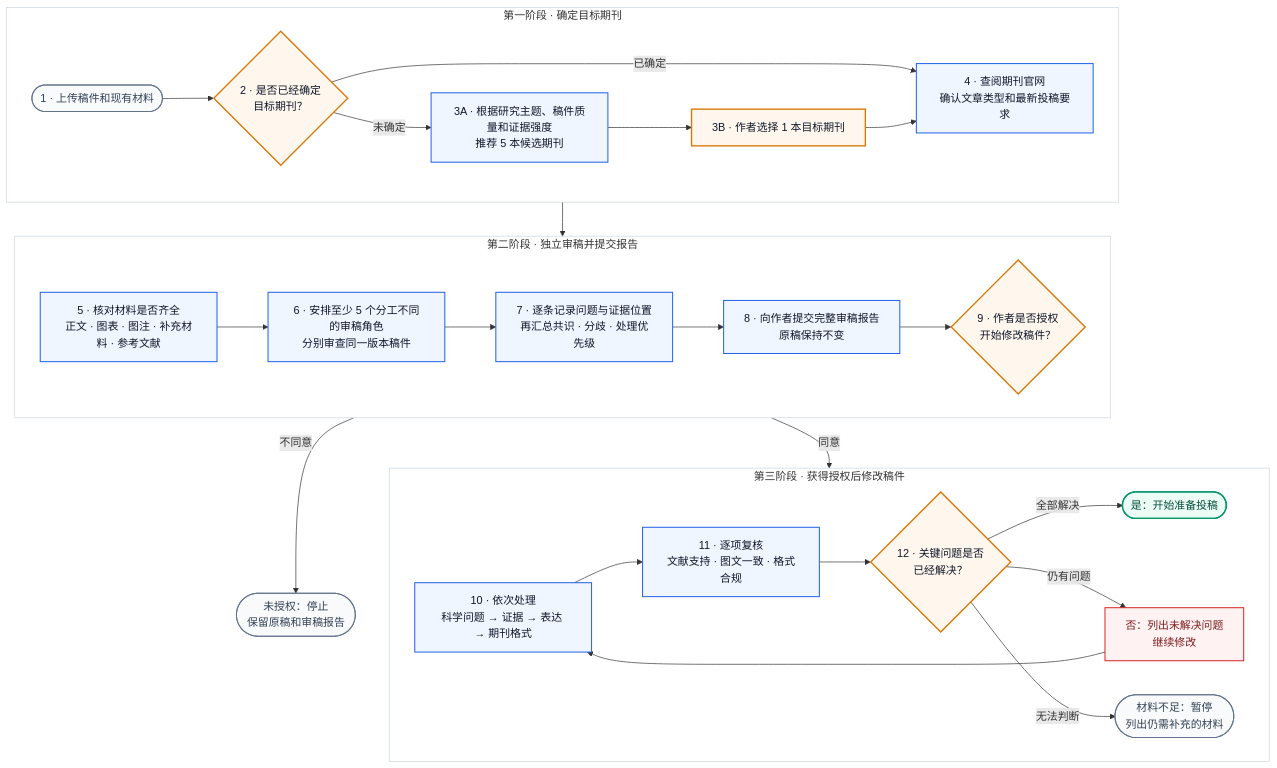
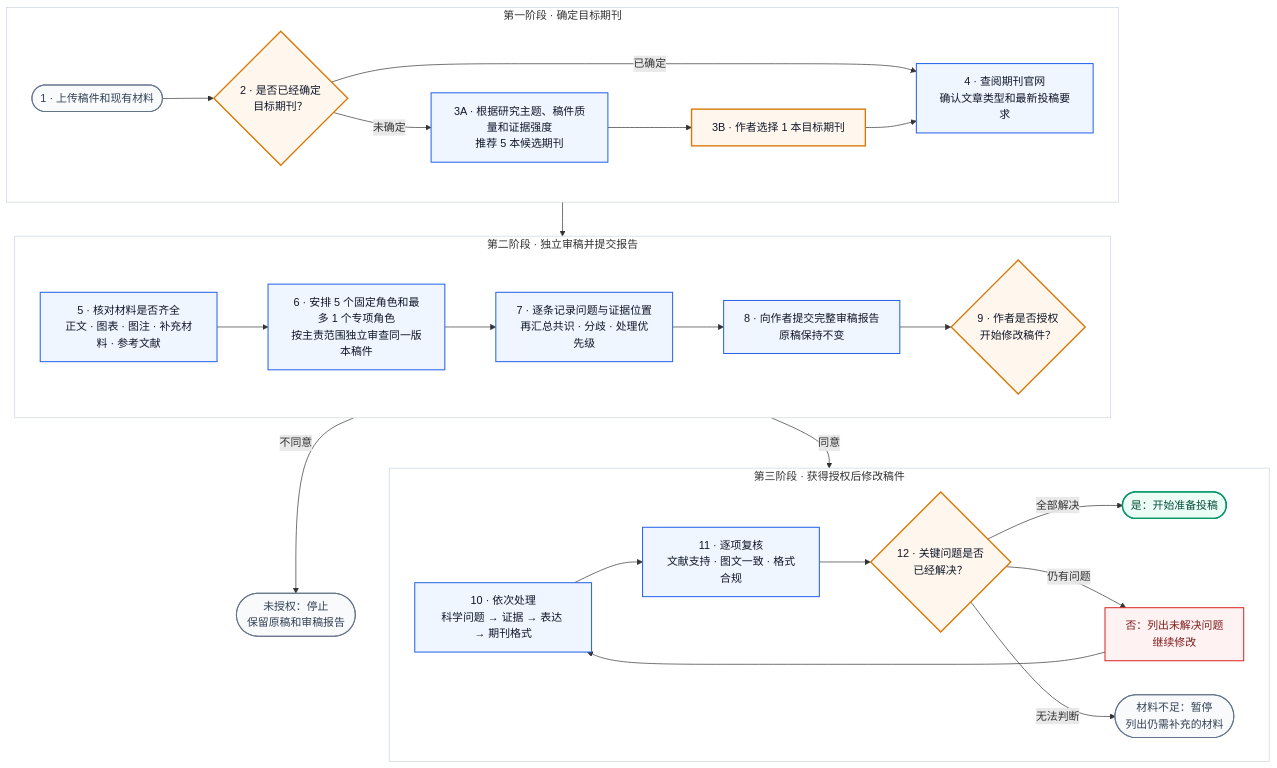
Before and after one commit to Jameslxr/manuscript-review-revision-skill: the diagram in README.md, drawn with Mermaid. The commit also changed other lines of this file and 75 other files, not shown here.

````diff
--- a/README.md
+++ b/README.md
@@ -65,58 +65,58 @@
 ```mermaid
 flowchart TB
     START(["1 · 上传稿件和现有材料"])
     TARGET{"2 · 是否已经确定<br/>目标期刊？"}
     REC["3A · 根据研究主题、稿件质量和证据强度<br/>推荐 5 本候选期刊"]
     PICK["3B · 作者选择 1 本目标期刊"]
     RULES["4 · 查阅期刊官网<br/>确认文章类型和最新投稿要求"]
     CHECK["5 · 核对材料是否齐全<br/>正文 · 图表 · 图注 · 补充材料 · 参考文献"]
-    REVIEW["6 · 安排至少 5 个分工不同的审稿角色<br/>分别审查同一版本稿件"]
+    REVIEW["6 · 安排 5 个固定角色和最多 1 个专项角色<br/>按主责范围独立审查同一版本稿件"]
     SUMMARY["7 · 逐条记录问题与证据位置<br/>再汇总共识 · 分歧 · 处理优先级"]
     REPORT["8 · 向作者提交完整审稿报告<br/>原稿保持不变"]
     AUTH{"9 · 作者是否授权<br/>开始修改稿件？"}
     STOP(["未授权：停止<br/>保留原稿和审稿报告"])
     REVISE["10 · 依次处理<br/>科学问题 → 证据 → 表达 → 期刊格式"]
     VERIFY["11 · 逐项复核<br/>文献支持 · 图文一致 · 格式合规"]
     READY{"12 · 关键问题是否<br/>已经解决？"}
     PASS(["是：开始准备投稿"])
     RETURN["否：列出未解决问题<br/>继续修改"]
     MISSING(["材料不足：暂停<br/>列出仍需补充的材料"])
 
     subgraph S1["第一阶段 · 确定目标期刊"]
         direction LR
         START --> TARGET
         TARGET -- "已确定" --> RULES
         TARGET -- "未确定" --> REC --> PICK --> RULES
     end
 
     subgraph S2["第二阶段 · 独立审稿并提交报告"]
         direction LR
         CHECK --> REVIEW --> SUMMARY --> REPORT --> AUTH
     end
 
     subgraph S3["第三阶段 · 获得授权后修改稿件"]
         direction LR
         REVISE --> VERIFY --> READY
         READY -- "全部解决" --> PASS
         READY -- "仍有问题" --> RETURN --> REVISE
         READY -- "无法判断" --> MISSING
     end
 
     RULES --> CHECK
     AUTH -- "不同意" --> STOP
     AUTH -- "同意" --> REVISE
 
     classDef user fill:#FFF7ED,stroke:#D97706,stroke-width:2px,color:#0F172A;
     classDef skill fill:#EFF6FF,stroke:#2563EB,stroke-width:1.5px,color:#0F172A;
     classDef success fill:#ECFDF5,stroke:#059669,stroke-width:2px,color:#064E3B;
     classDef stop fill:#F8FAFC,stroke:#64748B,stroke-width:1.5px,color:#334155;
     classDef problem fill:#FEF2F2,stroke:#DC2626,stroke-width:1.5px,color:#7F1D1D;
     class TARGET,PICK,AUTH,READY user;
     class REC,RULES,CHECK,REVIEW,SUMMARY,REPORT,REVISE,VERIFY skill;
     class PASS success;
     class START,STOP,MISSING stop;
     class RETURN problem;
     style S1 fill:#FFFFFF,stroke:#CBD5E1,stroke-width:1px
     style S2 fill:#FFFFFF,stroke:#CBD5E1,stroke-width:1px
     style S3 fill:#FFFFFF,stroke:#CBD5E1,stroke-width:1px
 ```
````
